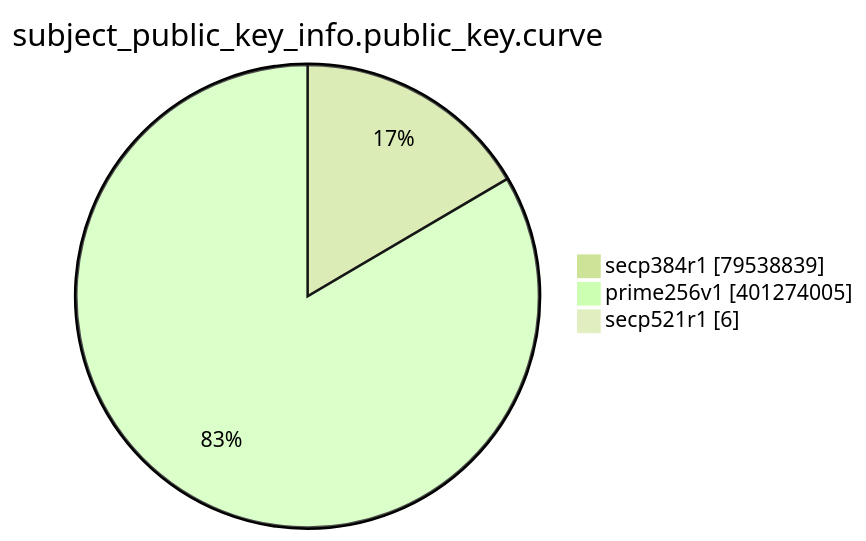
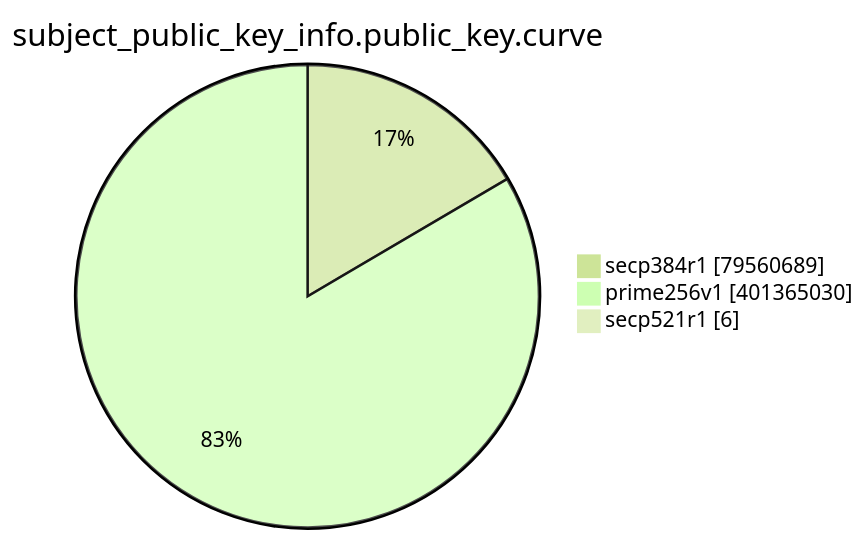
Before and after one commit to christiankrug/ctmonitor_visualization: the eighth of 15 diagrams in TOTAL/README.md, drawn with Mermaid (forest theme). The commit also changed other lines of this file, not shown here.

````diff
--- a/TOTAL/README.md
+++ b/TOTAL/README.md
@@ -3095,7 +3095,7 @@
 ```mermaid
 pie showData
 title subject_public_key_info.public_key.curve
-"secp384r1" :79538839
-"prime256v1" :401274005
+"secp384r1" :79560689
+"prime256v1" :401365030
 "secp521r1" :6
 ```
````
